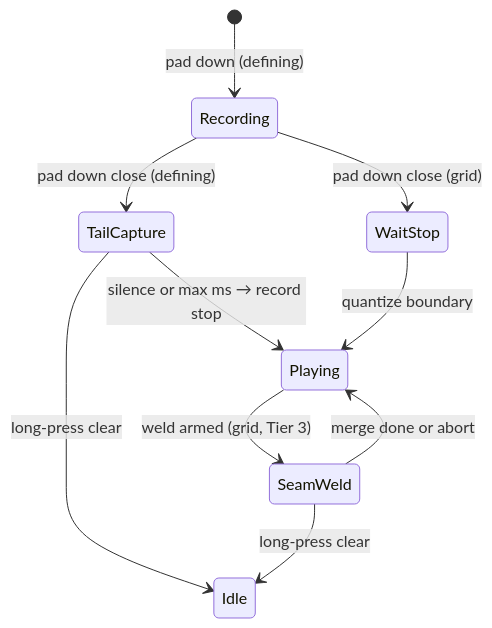
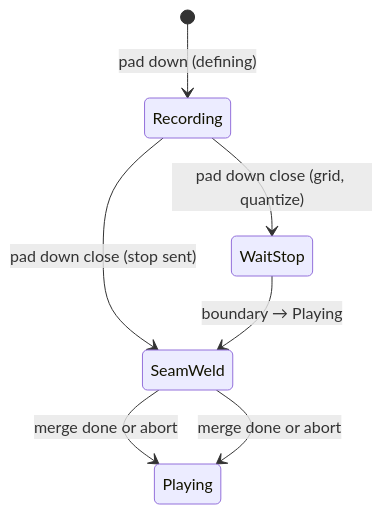
One commit to MitchSchwartz/MPE-Sound-Module changed the diagram in Documents/specs/looper-loop-seam-spec.md. Above: the diagram before and after it, drawn with Mermaid. The commit also changed other lines of this file and 11 other files, not shown here.

First line of the commit message:
Replace Tier 2 extend-recording with stop-then-weld for all clips.

````diff
--- a/Documents/specs/looper-loop-seam-spec.md
+++ b/Documents/specs/looper-loop-seam-spec.md
@@ -173,12 +157,9 @@
 ```mermaid
 stateDiagram-v2
     [*] --> Recording: pad down (defining)
-    Recording --> TailCapture: pad down close (defining)
-    TailCapture --> Playing: silence or max ms → record stop
-    Recording --> WaitStop: pad down close (grid)
-    WaitStop --> Playing: quantize boundary
-    Playing --> SeamWeld: weld armed (grid, Tier 3)
+    Recording --> SeamWeld: pad down close (stop sent)
     SeamWeld --> Playing: merge done or abort
-    TailCapture --> Idle: long-press clear
-    SeamWeld --> Idle: long-press clear
+    Recording --> WaitStop: pad down close (grid, quantize)
+    WaitStop --> SeamWeld: boundary → Playing
+    SeamWeld --> Playing: merge done or abort
 ```
````
